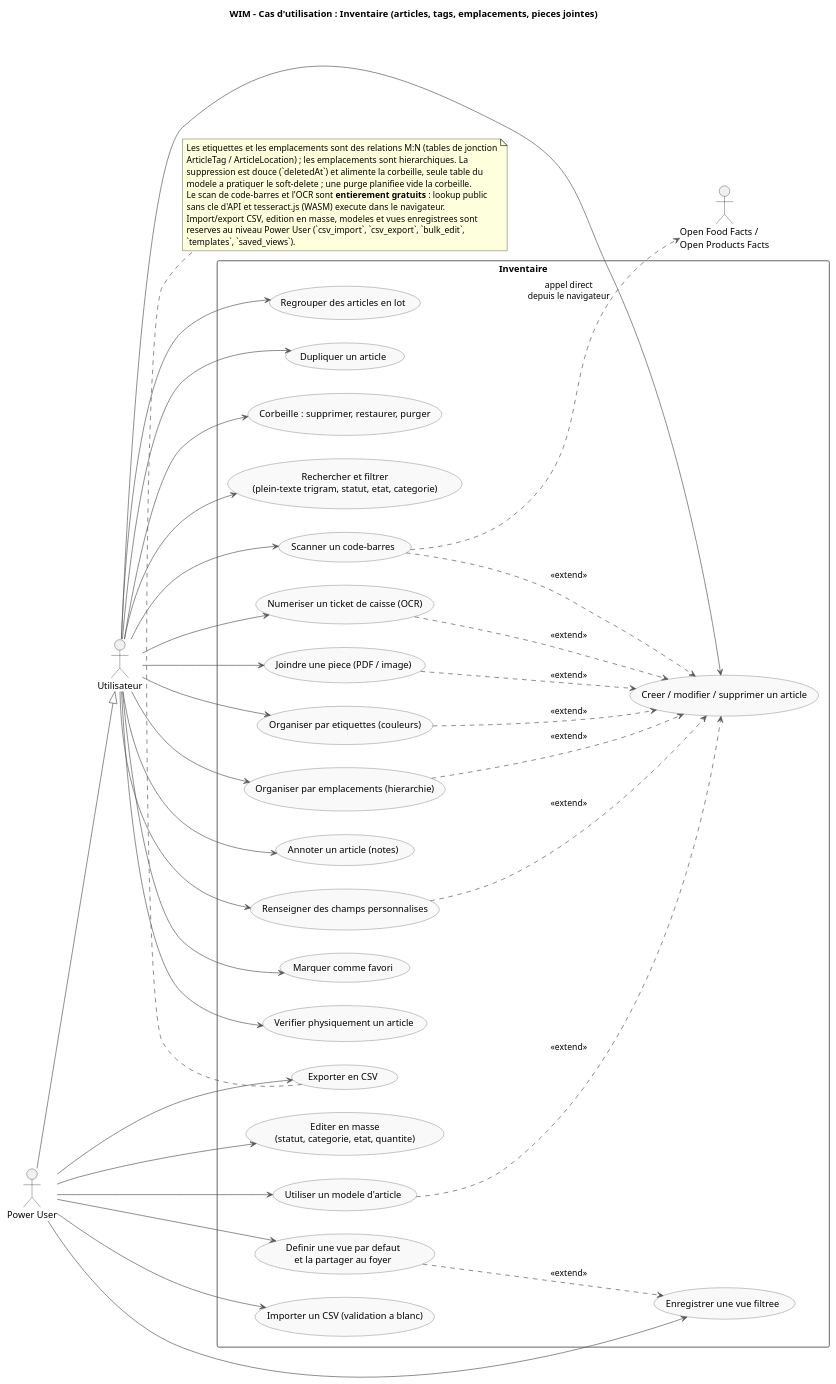
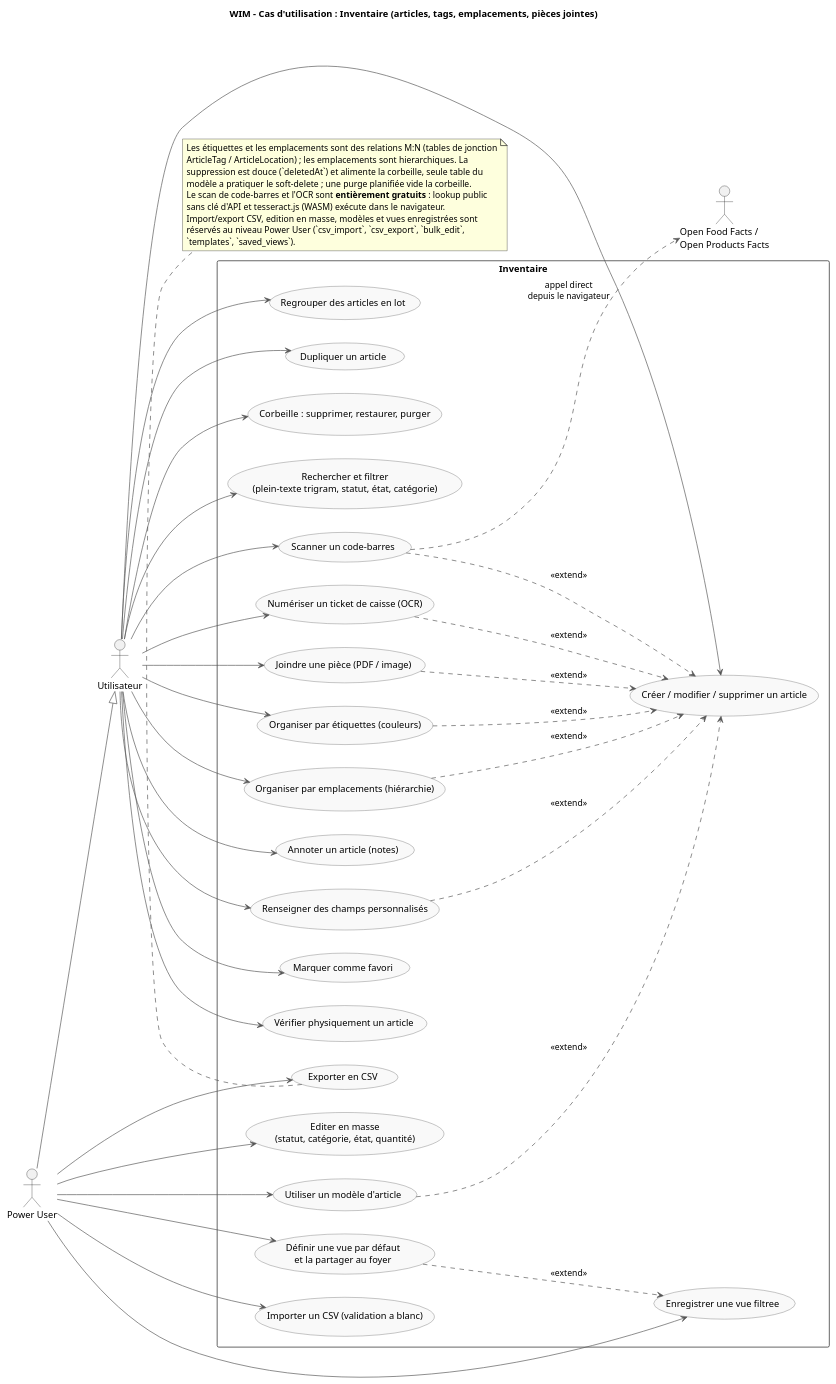
Before and after one commit to SGCSBorges/WIM: the diagram in docs/uml/01b-uc-inventaire.puml, drawn with PlantUML. The commit also changed 19 other files, not shown here.

First line of the commit message:
UML: restore French accents in the ten new diagram sources

```diff
--- a/docs/uml/01b-uc-inventaire.puml
+++ b/docs/uml/01b-uc-inventaire.puml
@@ -1,85 +1,85 @@
 @startuml
-title WIM – Cas d'utilisation : Inventaire (articles, tags, emplacements, pieces jointes)
+title WIM – Cas d'utilisation : Inventaire (articles, tags, emplacements, pièces jointes)
 
 left to right direction
 skinparam packageStyle rectangle
 skinparam usecase {
   BackgroundColor #f9f9f9
   BorderColor #555
   ArrowColor #555
 }
 
 actor "Utilisateur" as User
 actor "Power User" as PowerUser
 actor "Open Food Facts /\nOpen Products Facts" as OFF
 
 rectangle "Inventaire" {
-  usecase "Creer / modifier / supprimer un article" as UC_Crud
-  usecase "Rechercher et filtrer\n(plein-texte trigram, statut, etat, categorie)" as UC_Search
+  usecase "Créer / modifier / supprimer un article" as UC_Crud
+  usecase "Rechercher et filtrer\n(plein-texte trigram, statut, état, catégorie)" as UC_Search
   usecase "Scanner un code-barres" as UC_Barcode
-  usecase "Numeriser un ticket de caisse (OCR)" as UC_Ocr
-  usecase "Joindre une piece (PDF / image)" as UC_Attach
-  usecase "Organiser par etiquettes (couleurs)" as UC_Tags
-  usecase "Organiser par emplacements (hierarchie)" as UC_Locations
+  usecase "Numériser un ticket de caisse (OCR)" as UC_Ocr
+  usecase "Joindre une pièce (PDF / image)" as UC_Attach
+  usecase "Organiser par étiquettes (couleurs)" as UC_Tags
+  usecase "Organiser par emplacements (hiérarchie)" as UC_Locations
   usecase "Annoter un article (notes)" as UC_Notes
-  usecase "Renseigner des champs personnalises" as UC_Custom
+  usecase "Renseigner des champs personnalisés" as UC_Custom
   usecase "Marquer comme favori" as UC_Fav
-  usecase "Verifier physiquement un article" as UC_Verify
+  usecase "Vérifier physiquement un article" as UC_Verify
   usecase "Regrouper des articles en lot" as UC_Bundle
   usecase "Dupliquer un article" as UC_Duplicate
   usecase "Corbeille : supprimer, restaurer, purger" as UC_Trash
-  usecase "Editer en masse\n(statut, categorie, etat, quantite)" as UC_Bulk
-  usecase "Utiliser un modele d'article" as UC_Template
+  usecase "Editer en masse\n(statut, catégorie, état, quantité)" as UC_Bulk
+  usecase "Utiliser un modèle d'article" as UC_Template
   usecase "Enregistrer une vue filtree" as UC_Views
-  usecase "Definir une vue par defaut\net la partager au foyer" as UC_ViewShare
+  usecase "Définir une vue par défaut\net la partager au foyer" as UC_ViewShare
   usecase "Importer un CSV (validation a blanc)" as UC_Import
   usecase "Exporter en CSV" as UC_Export
 }
 
 User --> UC_Crud
 User --> UC_Search
 User --> UC_Barcode
 User --> UC_Ocr
 User --> UC_Attach
 User --> UC_Tags
 User --> UC_Locations
 User --> UC_Notes
 User --> UC_Custom
 User --> UC_Fav
 User --> UC_Verify
 User --> UC_Bundle
 User --> UC_Duplicate
 User --> UC_Trash
 
 PowerUser --|> User
 PowerUser --> UC_Bulk
 PowerUser --> UC_Template
 PowerUser --> UC_Views
 PowerUser --> UC_ViewShare
 PowerUser --> UC_Import
 PowerUser --> UC_Export
 
 UC_Barcode ..> OFF : appel direct\ndepuis le navigateur
 
-' Extend : cas optionnels greffes sur la creation/modification d'un article.
+' Extend : cas optionnels greffes sur la création/modification d'un article.
 UC_Attach ..> UC_Crud : <<extend>>
 UC_Tags ..> UC_Crud : <<extend>>
 UC_Locations ..> UC_Crud : <<extend>>
 UC_Custom ..> UC_Crud : <<extend>>
 UC_Barcode ..> UC_Crud : <<extend>>
 UC_Ocr ..> UC_Crud : <<extend>>
 UC_Template ..> UC_Crud : <<extend>>
 UC_ViewShare ..> UC_Views : <<extend>>
 
 note bottom
-Les etiquettes et les emplacements sont des relations M:N (tables de jonction
+Les étiquettes et les emplacements sont des relations M:N (tables de jonction
 ArticleTag / ArticleLocation) ; les emplacements sont hierarchiques. La
 suppression est douce (`deletedAt`) et alimente la corbeille, seule table du
-modele a pratiquer le soft-delete ; une purge planifiee vide la corbeille.
-Le scan de code-barres et l'OCR sont **entierement gratuits** : lookup public
-sans cle d'API et tesseract.js (WASM) execute dans le navigateur.
-Import/export CSV, edition en masse, modeles et vues enregistrees sont
-reserves au niveau Power User (`csv_import`, `csv_export`, `bulk_edit`,
+modèle a pratiquer le soft-delete ; une purge planifiée vide la corbeille.
+Le scan de code-barres et l'OCR sont **entièrement gratuits** : lookup public
+sans clé d'API et tesseract.js (WASM) exécute dans le navigateur.
+Import/export CSV, edition en masse, modèles et vues enregistrées sont
+réservés au niveau Power User (`csv_import`, `csv_export`, `bulk_edit`,
 `templates`, `saved_views`).
 end note
 @enduml
```
